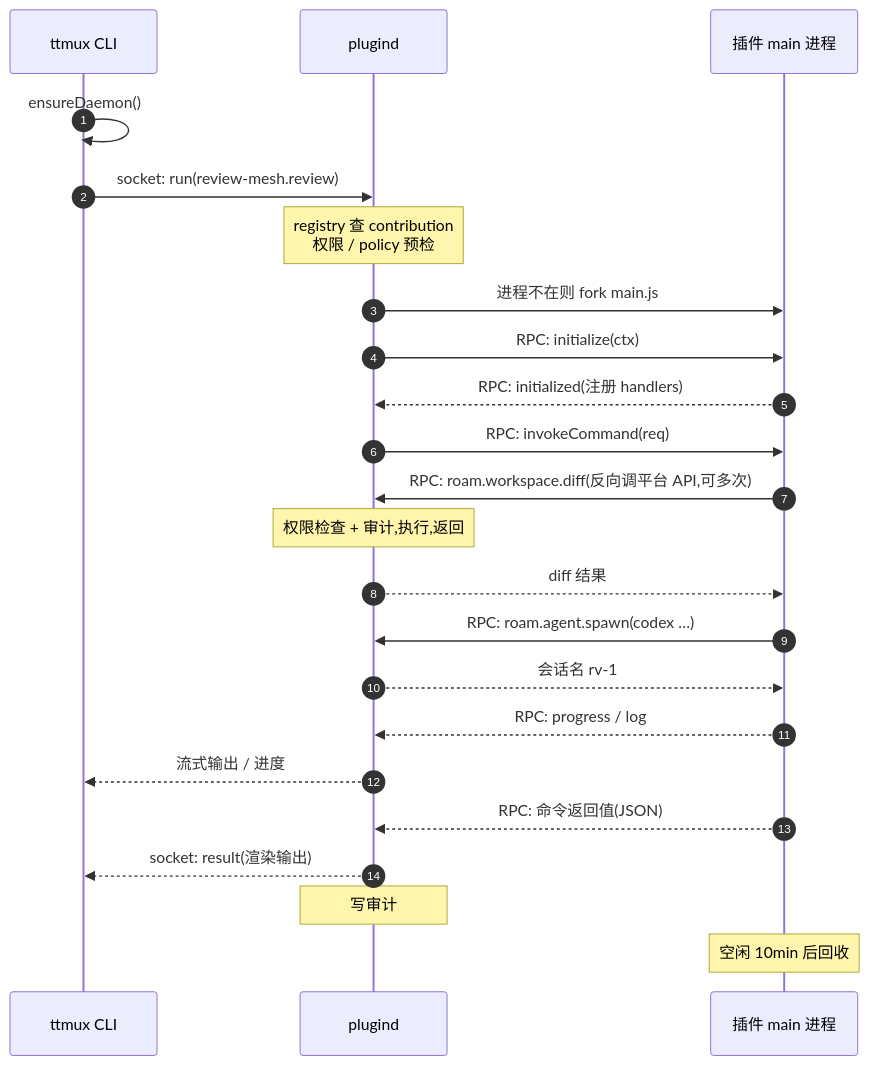
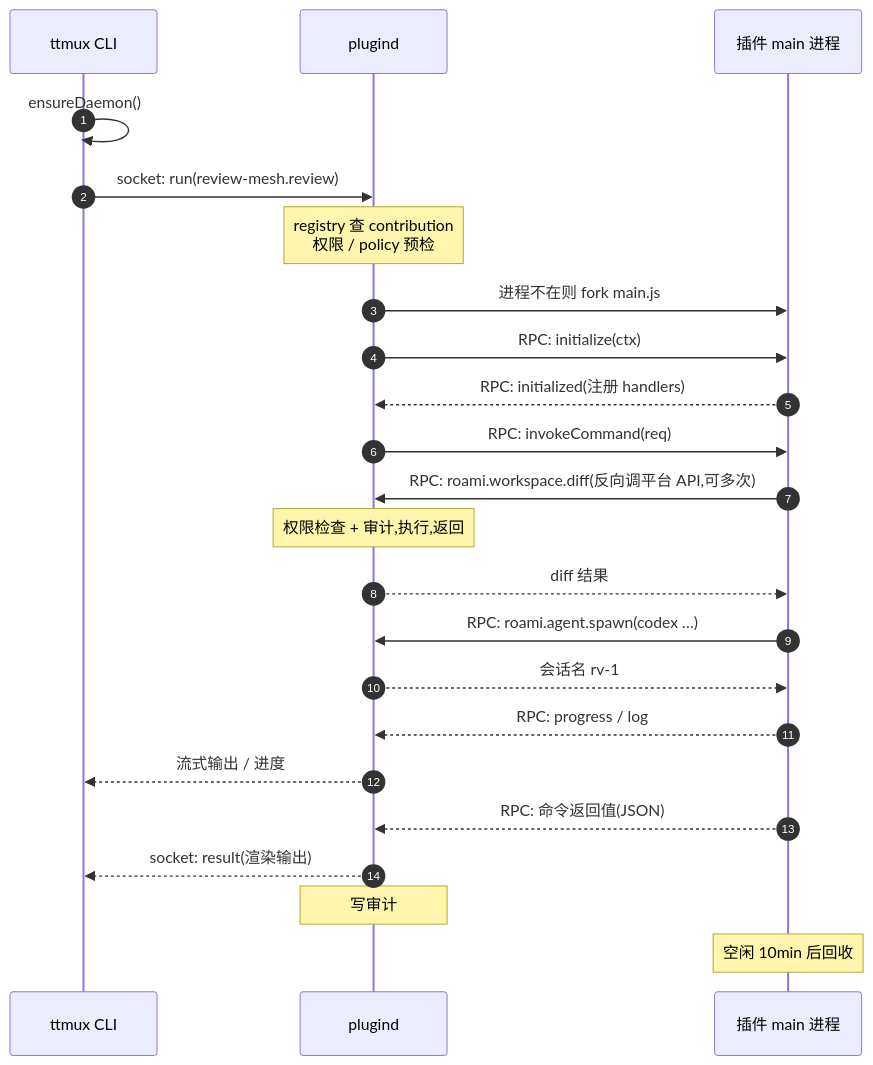
Before and after one commit to ybz21/Roam: the fifth of 9 diagrams in docs/design/plugin/04-architecture.md, drawn with Mermaid. The commit also changed other lines of this file and 95 other files, not shown here.

First line of the commit message:
refactor(brand)!: Roam → Roami（含 ~/.roam 迁移、roam 软链、环境变量双向兼容）(#260)

````diff
--- a/docs/design/plugin/04-architecture.md
+++ b/docs/design/plugin/04-architecture.md
@@ -383,26 +383,26 @@
 ```mermaid
 sequenceDiagram
     autonumber
     participant C as ttmux CLI
     participant D as plugind
     participant P as 插件 main 进程
 
     C->>C: ensureDaemon()
     C->>D: socket: run(review-mesh.review)
     Note over D: registry 查 contribution<br/>权限 / policy 预检
     D->>P: 进程不在则 fork main.js
     D->>P: RPC: initialize(ctx)
     P-->>D: RPC: initialized(注册 handlers)
     D->>P: RPC: invokeCommand(req)
-    P->>D: RPC: roam.workspace.diff(反向调平台 API,可多次)
+    P->>D: RPC: roami.workspace.diff(反向调平台 API,可多次)
     Note over D: 权限检查 + 审计,执行,返回
     D-->>P: diff 结果
-    P->>D: RPC: roam.agent.spawn(codex …)
+    P->>D: RPC: roami.agent.spawn(codex …)
     D-->>P: 会话名 rv-1
     P-->>D: RPC: progress / log
     D-->>C: 流式输出 / 进度
     P-->>D: RPC: 命令返回值(JSON)
     D-->>C: socket: result(渲染输出)
     Note over D: 写审计
     Note over P: 空闲 10min 后回收
 ```
````
